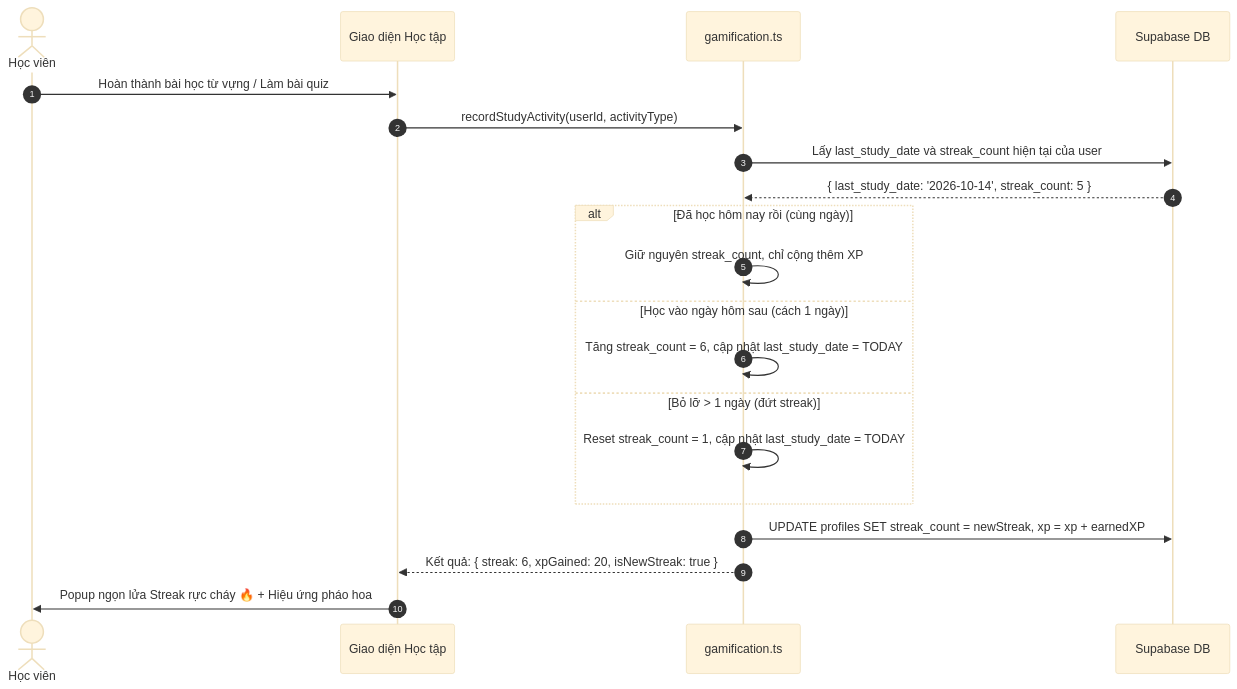
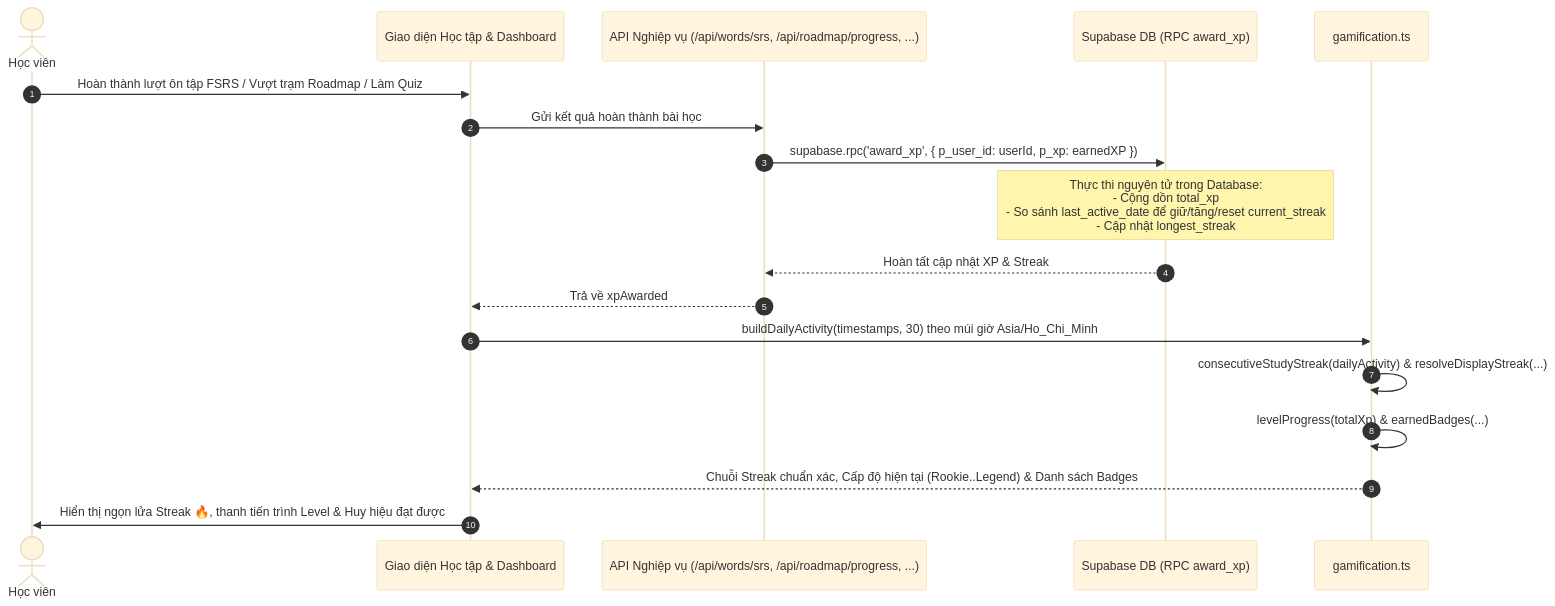
The second of 3 diagrams in agent/docs/SRS_08_GAMIFICATION_CHALLENGES.md (FengProfessor/Vocab), drawn with Mermaid (base theme) before and after one commit. The commit also changed other lines of this file and 15 other files, not shown here.

Commit message:
docs(srs): complete 15 full-project SRS use cases and flow limitation audit

````diff
--- a/agent/docs/SRS_08_GAMIFICATION_CHALLENGES.md
+++ b/agent/docs/SRS_08_GAMIFICATION_CHALLENGES.md
@@ -65,25 +61,22 @@
 ```mermaid
 sequenceDiagram
     autonumber
     actor Student as Học viên
-    participant UI as Giao diện Học tập
+    participant UI as Giao diện Học tập & Dashboard
+    participant Route as API Nghiệp vụ (/api/words/srs, /api/roadmap/progress, ...)
+    participant DB as Supabase DB (RPC award_xp)
     participant GameLib as gamification.ts
-    participant DB as Supabase DB
 
-    Student->>UI: Hoàn thành bài học từ vựng / Làm bài quiz
-    UI->>GameLib: recordStudyActivity(userId, activityType)
-    GameLib->>DB: Lấy last_study_date và streak_count hiện tại của user
-    DB-->>GameLib: { last_study_date: '2026-10-14', streak_count: 5 }
+    Student->>UI: Hoàn thành lượt ôn tập FSRS / Vượt trạm Roadmap / Làm Quiz
+    UI->>Route: Gửi kết quả hoàn thành bài học
+    Route->>DB: supabase.rpc('award_xp', { p_user_id: userId, p_xp: earnedXP })
+    Note over DB: Thực thi nguyên tử trong Database:<br/>- Cộng dồn total_xp<br/>- So sánh last_active_date để giữ/tăng/reset current_streak<br/>- Cập nhật longest_streak
+    DB-->>Route: Hoàn tất cập nhật XP & Streak
+    Route-->>UI: Trả về xpAwarded
     
-    alt Đã học hôm nay rồi (cùng ngày)
-        GameLib->>GameLib: Giữ nguyên streak_count, chỉ cộng thêm XP
-    else Học vào ngày hôm sau (cách 1 ngày)
-        GameLib->>GameLib: Tăng streak_count = 6, cập nhật last_study_date = TODAY
-    else Bỏ lỡ > 1 ngày (đứt streak)
-        GameLib->>GameLib: Reset streak_count = 1, cập nhật last_study_date = TODAY
-    end
-    
-    GameLib->>DB: UPDATE profiles SET streak_count = newStreak, xp = xp + earnedXP
-    GameLib-->>UI: Kết quả: { streak: 6, xpGained: 20, isNewStreak: true }
-    UI->>Student: Popup ngọn lửa Streak rực cháy 🔥 + Hiệu ứng pháo hoa
+    UI->>GameLib: buildDailyActivity(timestamps, 30) theo múi giờ Asia/Ho_Chi_Minh
+    GameLib->>GameLib: consecutiveStudyStreak(dailyActivity) & resolveDisplayStreak(...)
+    GameLib->>GameLib: levelProgress(totalXp) & earnedBadges(...)
+    GameLib-->>UI: Chuỗi Streak chuẩn xác, Cấp độ hiện tại (Rookie..Legend) & Danh sách Badges
+    UI->>Student: Hiển thị ngọn lửa Streak 🔥, thanh tiến trình Level & Huy hiệu đạt được
 ```
````
